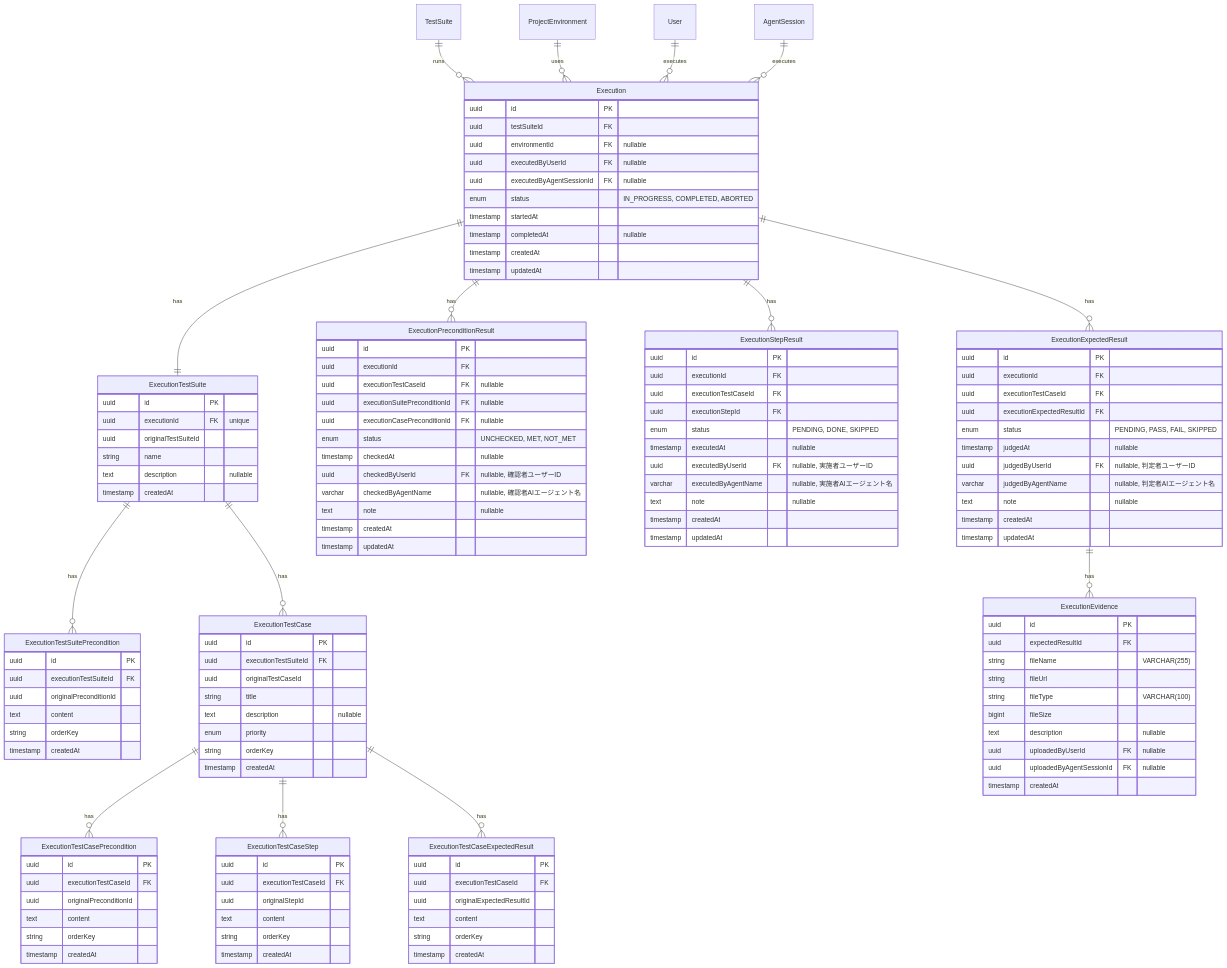
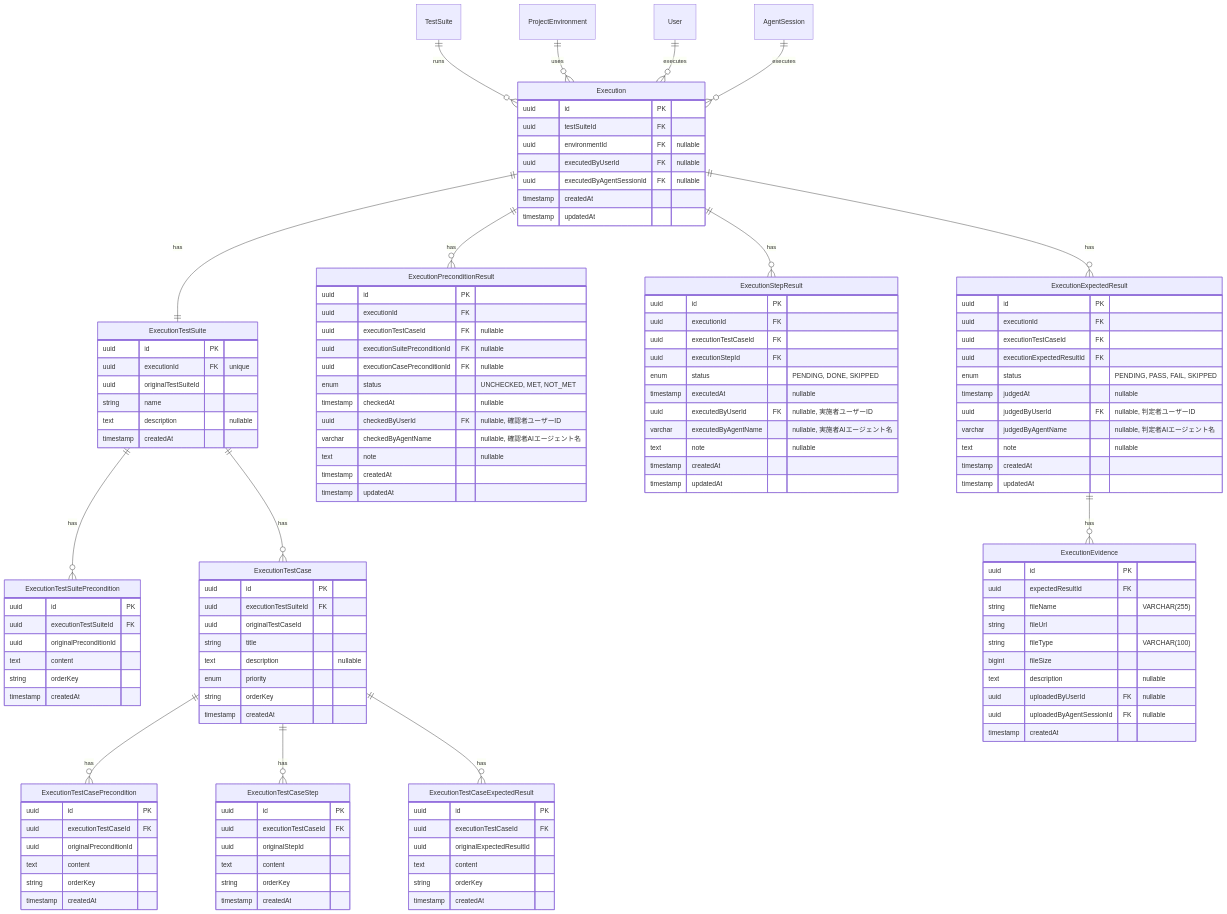
Before and after one commit to tsutsumi389/agentest: the fifth of 5 diagrams in docs/architecture/features/test-execution.md, drawn with Mermaid. The commit also changed other lines of this file and 3 other files, not shown here.

```diff
--- a/docs/architecture/features/test-execution.md
+++ b/docs/architecture/features/test-execution.md
@@ -323,9 +295,6 @@
         uuid environmentId FK "nullable"
         uuid executedByUserId FK "nullable"
         uuid executedByAgentSessionId FK "nullable"
-        enum status "IN_PROGRESS, COMPLETED, ABORTED"
-        timestamp startedAt
-        timestamp completedAt "nullable"
         timestamp createdAt
         timestamp updatedAt
     }
```
